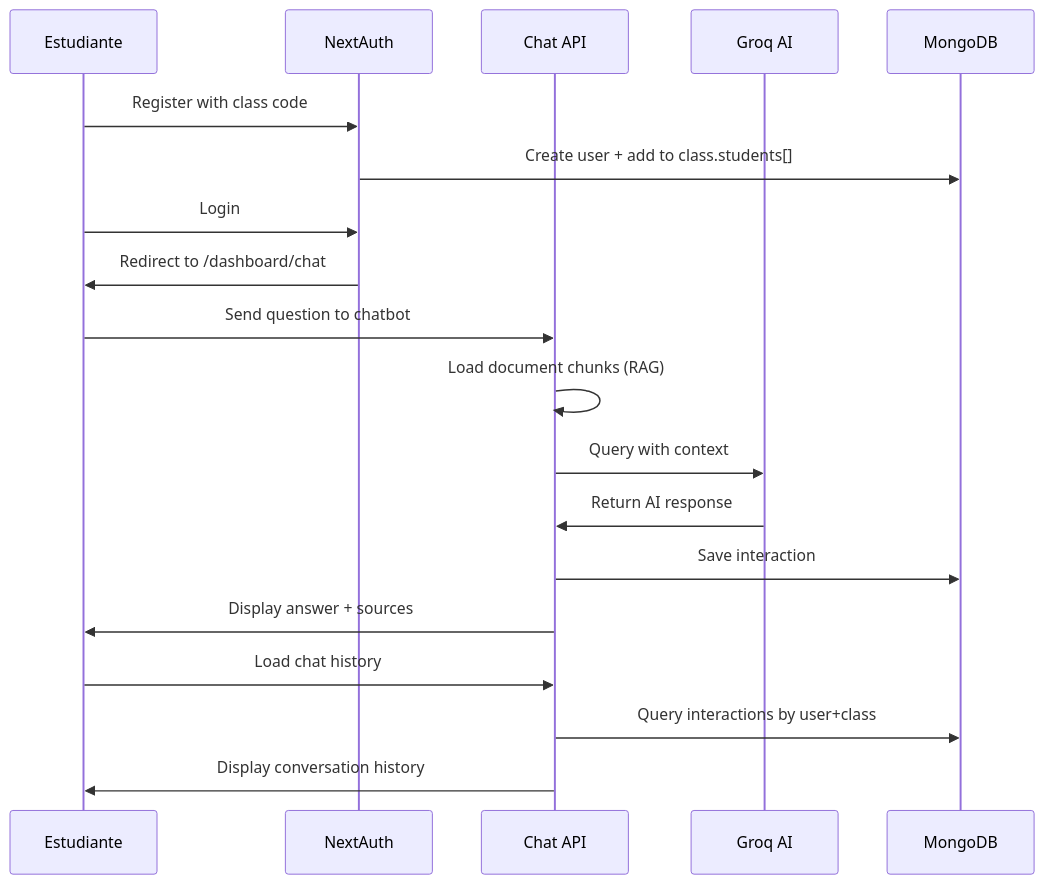
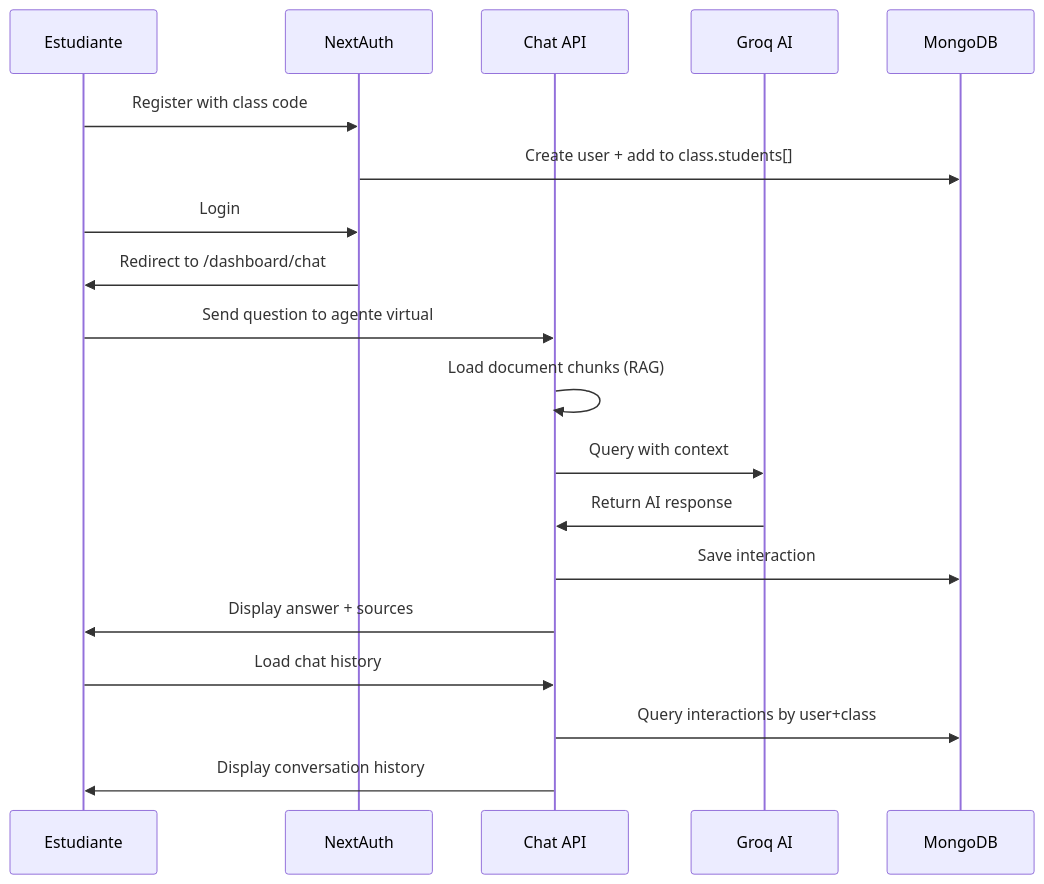
One commit to olired2/chatbot changed the fifth of 5 diagrams in ARQUITECTURA.md. Above: the diagram before and after it, drawn with Mermaid. The commit also changed other lines of this file and 3 other files, not shown here.

Commit message:
refactor: replace all 'chatbot' mentions with 'agente virtual' in UI, documentation and code

````diff
--- a/ARQUITECTURA.md
+++ b/ARQUITECTURA.md
@@ -457,25 +457,25 @@
 ```mermaid
 sequenceDiagram
     participant S as Estudiante
     participant Auth as NextAuth
     participant API as Chat API
     participant Groq as Groq AI
     participant DB as MongoDB
     
     S->>Auth: Register with class code
     Auth->>DB: Create user + add to class.students[]
     
     S->>Auth: Login
     Auth->>S: Redirect to /dashboard/chat
     
-    S->>API: Send question to chatbot
+    S->>API: Send question to agente virtual
     API->>API: Load document chunks (RAG)
     API->>Groq: Query with context
     Groq->>API: Return AI response
     API->>DB: Save interaction
     API->>S: Display answer + sources
     
     S->>API: Load chat history
     API->>DB: Query interactions by user+class
     API->>S: Display conversation history
 ```
````
